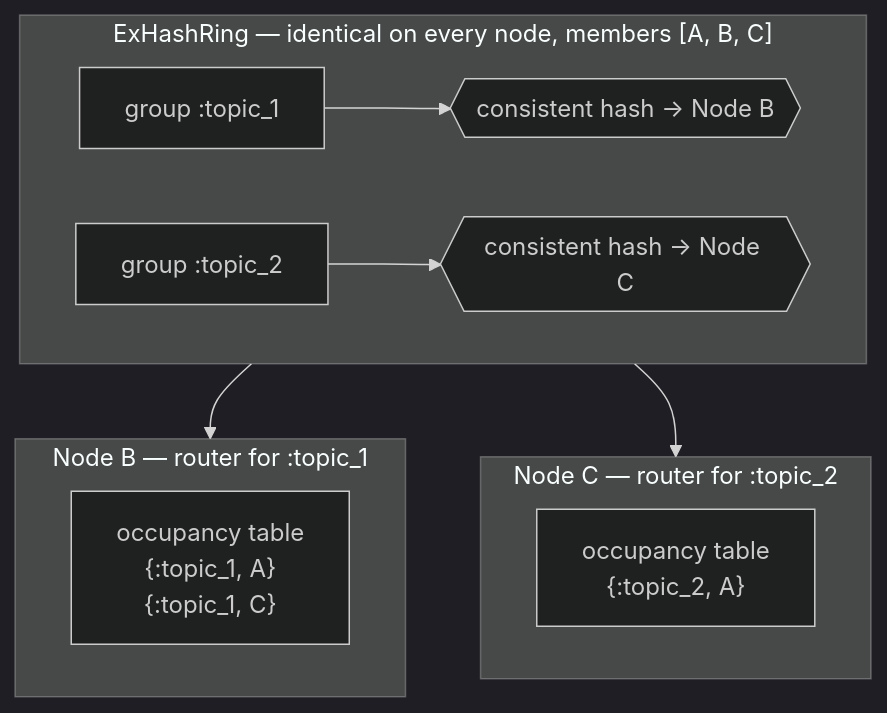
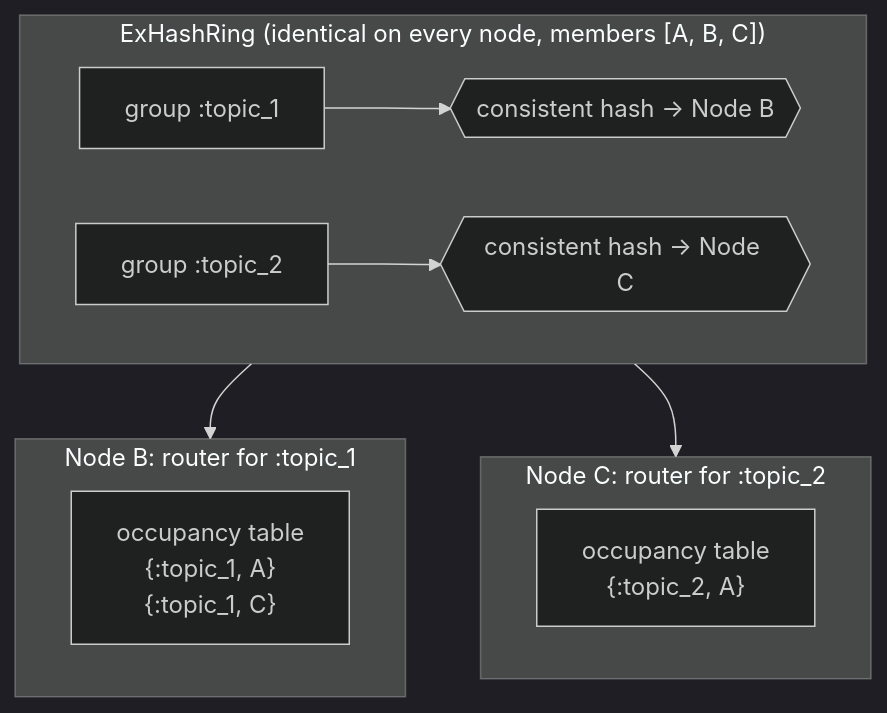
The first of 3 diagrams in forum/docs/muster-broadcast.md (supabase/realtime), drawn with Mermaid (dark theme) before and after one commit. The commit also changed other lines of this file and 9 other files, not shown here.

````diff
--- a/forum/docs/muster-broadcast.md
+++ b/forum/docs/muster-broadcast.md
@@ -32,18 +32,18 @@
 ```mermaid
 flowchart TB
-    subgraph Ring["ExHashRing — identical on every node, members [A, B, C]"]
+    subgraph Ring["ExHashRing (identical on every node, members [A, B, C])"]
         direction LR
         G1["group :topic_1"] --> R1{{"consistent hash → Node B"}}
         G2["group :topic_2"] --> R2{{"consistent hash → Node C"}}
     end
 
     R1 --> RB
     R2 --> RC
 
-    subgraph RB["Node B — router for :topic_1"]
+    subgraph RB["Node B: router for :topic_1"]
         OB["occupancy table<br/>{:topic_1, A}<br/>{:topic_1, C}"]
     end
-    subgraph RC["Node C — router for :topic_2"]
+    subgraph RC["Node C: router for :topic_2"]
         OC["occupancy table<br/>{:topic_2, A}"]
     end
 ```
````
